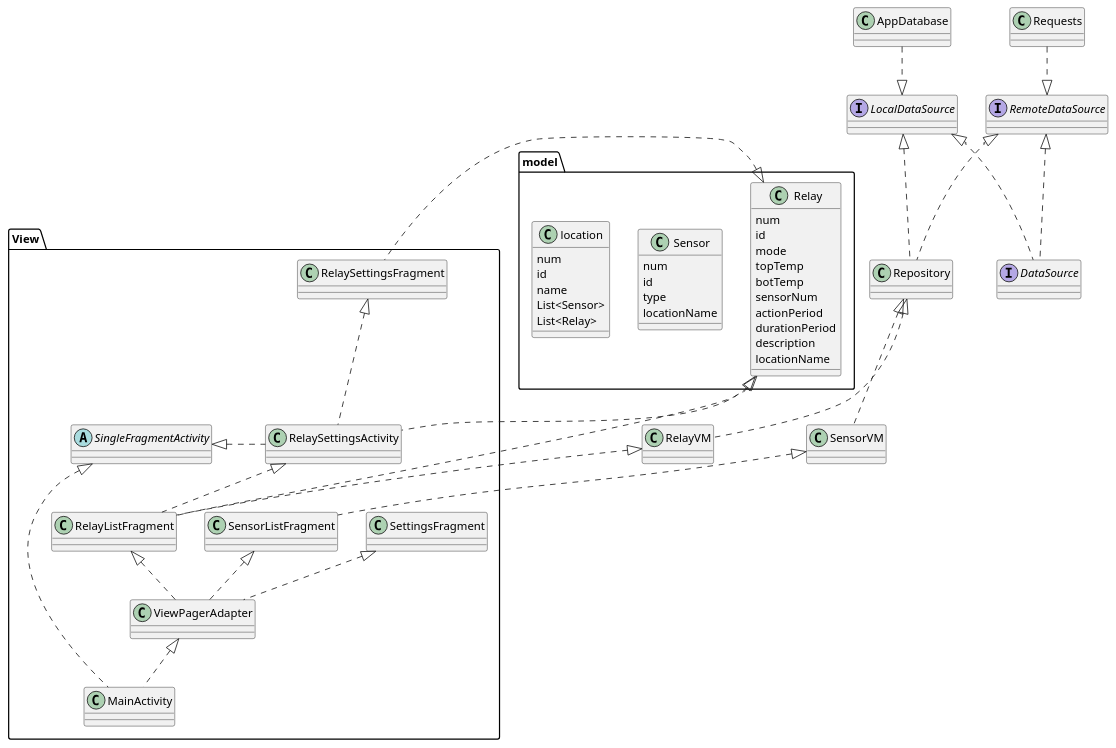
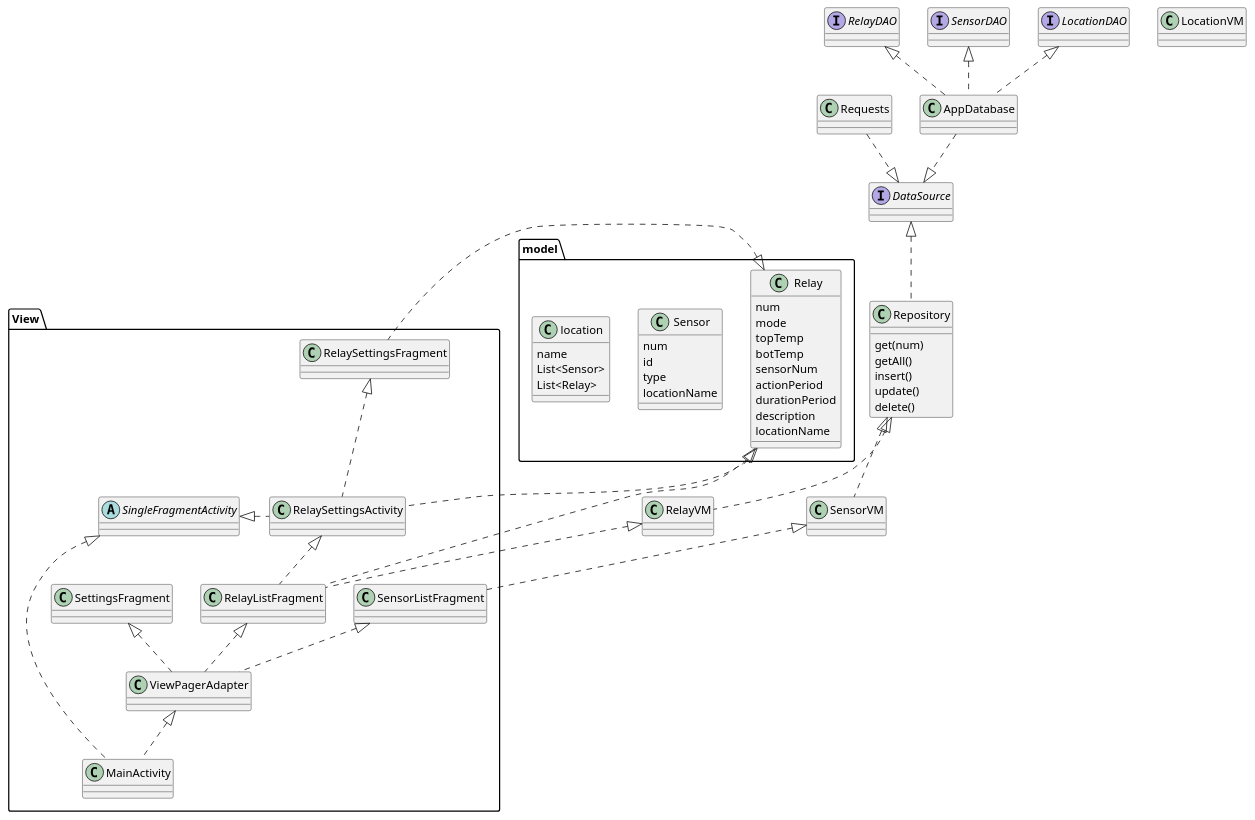
Before and after one commit to millerGrey/SmartHouse: the diagram in app/src/main/java/grey/smarthouse/dg.puml, drawn with PlantUML. The commit also changed 45 other files, not shown here.

Commit message:
Refactoring 1. Add location class 2. Refactoring data and model 3. Add many drawables

```diff
--- a/app/src/main/java/grey/smarthouse/dg.puml
+++ b/app/src/main/java/grey/smarthouse/dg.puml
@@ -1,77 +1,81 @@
 @startuml
 
 package View{
     class MainActivity
     class RelaySettingsActivity
     abstract class SingleFragmentActivity
     class SensorListFragment
     class SettingsFragment
     class RelaySettingsFragment
     class ViewPagerAdapter
     class RelayListFragment
 }
 
 package model{
     class Relay{
         num
-        id
         mode
         topTemp
         botTemp
         sensorNum
         actionPeriod
         durationPeriod
         description
         locationName
     }
     class Sensor{
         num
         id
         type
         locationName
-
     }
     class location{
-        num
-        id
         name
         List<Sensor>
         List<Relay>
     }
 }
 
 
 
 
 
 
 class RelayVM
 class SensorVM
-class Repository
+class LocationVM
+class Repository{
+    get(num)
+    getAll()
+    insert()
+    update()
+    delete()
+}
 interface DataSource
-interface LocalDataSource
-interface RemoteDataSource
 class Requests
 class AppDatabase
+interface RelayDAO
+interface SensorDAO
+interface LocationDAO
 Relay <|.. RelayListFragment
 Relay <|. RelaySettingsFragment
 Relay <|.. RelaySettingsActivity
 SingleFragmentActivity <|. RelaySettingsActivity
 SingleFragmentActivity <|. MainActivity
 RelaySettingsFragment <|.. RelaySettingsActivity
 RelaySettingsActivity <|.. RelayListFragment
 SettingsFragment <|.. ViewPagerAdapter
 SensorListFragment <|.. ViewPagerAdapter
 RelayListFragment <|.. ViewPagerAdapter
 ViewPagerAdapter <|.. MainActivity
 RelayVM <|.. RelayListFragment
 SensorVM <|.. SensorListFragment
 Repository <|.. RelayVM
 Repository <|.. SensorVM
-LocalDataSource <|.. DataSource
-RemoteDataSource <|.. DataSource
-LocalDataSource <|.. Repository
-RemoteDataSource <|.. Repository
-AppDatabase ..|> LocalDataSource
-Requests ..|> RemoteDataSource
+DataSource <|.. Repository
+AppDatabase ..|> DataSource
+Requests ..|> DataSource
+LocationDAO <|.. AppDatabase
+SensorDAO <|.. AppDatabase
+RelayDAO <|.. AppDatabase
 @enduml
```
